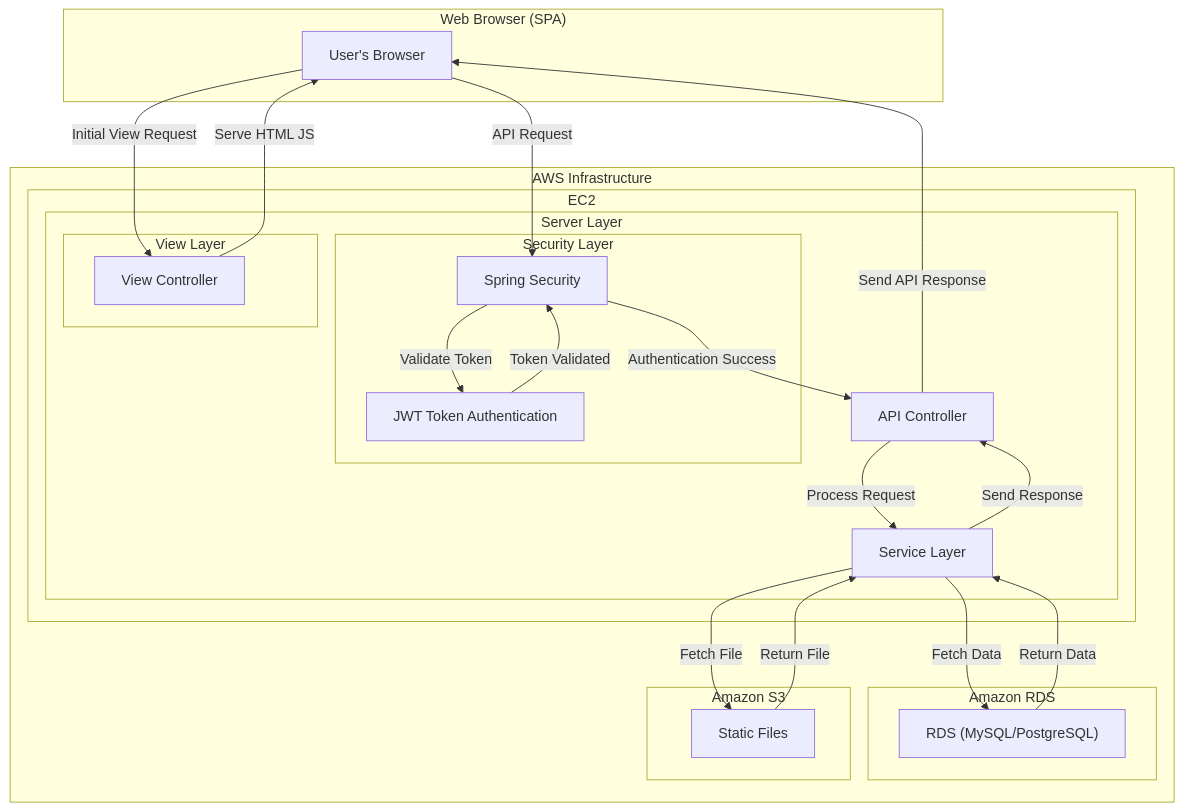
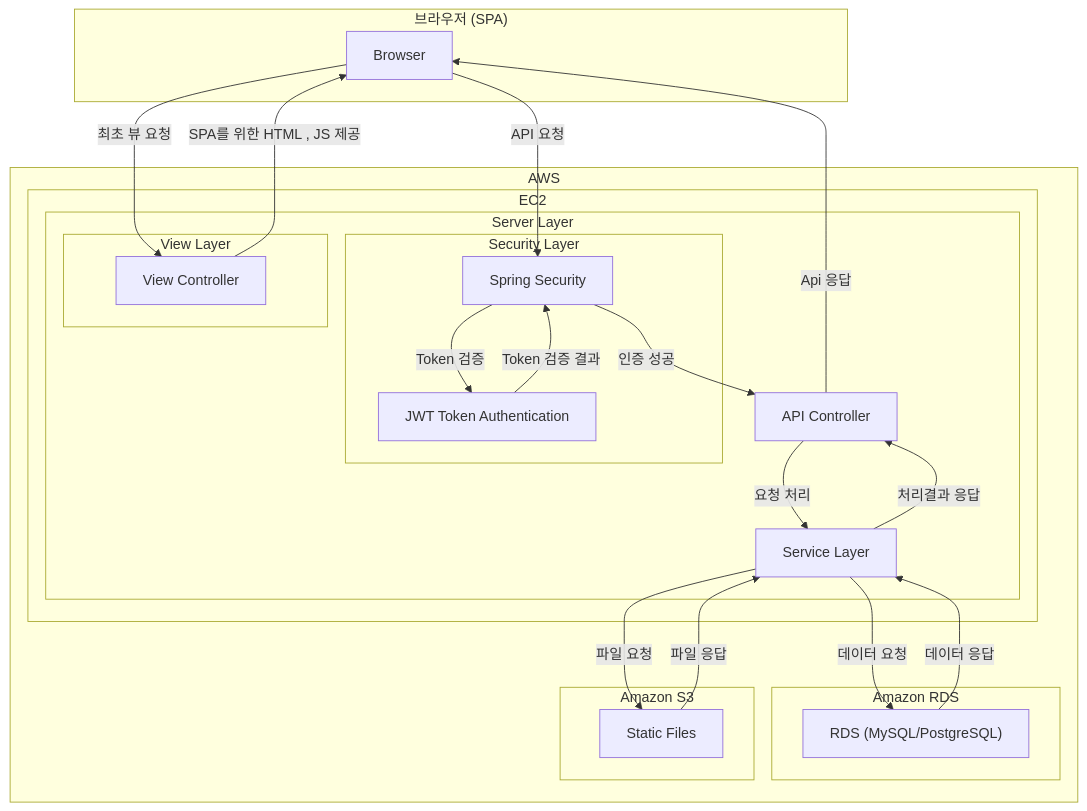
One commit to leein1/soundBrew changed the diagram in README.md. Above: the diagram before and after it, drawn with Mermaid.

````diff
--- a/README.md
+++ b/README.md
@@ -41,55 +41,55 @@
 ```mermaid
 graph TD
-    subgraph Web_Browser["Web Browser (SPA)"]
-        Browser["User's Browser"]
+    subgraph Web_Browser["브라우저 (SPA)"]
+        Browser["Browser"]
     end
 
-    subgraph AWS ["AWS Infrastructure"]
+    subgraph AWS ["AWS"]
         subgraph EC2 ["EC2"]
             
             subgraph Server_Layer ["Server Layer"]
 
                 subgraph Security_Layer ["Security Layer"]
                     SpringSecurity["Spring Security"]
                     JWT["JWT Token Authentication"]
                 end
 
                 subgraph View_Layer ["View Layer"]
                     ViewController["View Controller"]
                 end
 
                 Controller["API Controller"] 
 
                 Service["Service Layer"]
             end
         
         end
 
         subgraph RDS ["Amazon RDS"]
             Database["RDS (MySQL/PostgreSQL)"]
         end
 
         subgraph S3 ["Amazon S3"]
             StaticFiles["Static Files"]
         end
     end
 
     %% 요청 흐름
-    Browser -->|Initial View Request| ViewController
-    ViewController --> |Serve HTML JS| Browser
+    Browser -->|최초 뷰 요청| ViewController
+    ViewController --> |SPA를 위한 HTML , JS 제공| Browser
 
-    Browser -->|API Request| SpringSecurity
-    SpringSecurity -->|Validate Token| JWT
-    JWT --> |Token Validated| SpringSecurity
-    SpringSecurity -->|Authentication Success| Controller
-    Controller -->|Process Request| Service
-    Service -->|Fetch Data| Database
-    Service -->|Fetch File| StaticFiles
+    Browser -->|API 요청| SpringSecurity
+    SpringSecurity -->|Token 검증| JWT
+    JWT --> |Token 검증 결과| SpringSecurity
+    SpringSecurity -->|인증 성공| Controller
+    Controller -->|요청 처리| Service
+    Service -->|데이터 요청| Database
+    Service -->|파일 요청| StaticFiles
 
     %% 응답 흐름
-    Database -->|Return Data| Service
-    StaticFiles -->|Return File| Service
-    Service -->|Send Response| Controller
-    Controller -->|Send API Response| Browser
+    Database -->|데이터 응답| Service
+    StaticFiles -->|파일 응답| Service
+    Service -->|처리결과 응답| Controller
+    Controller -->|Api 응답| Browser
 
 ```
````
